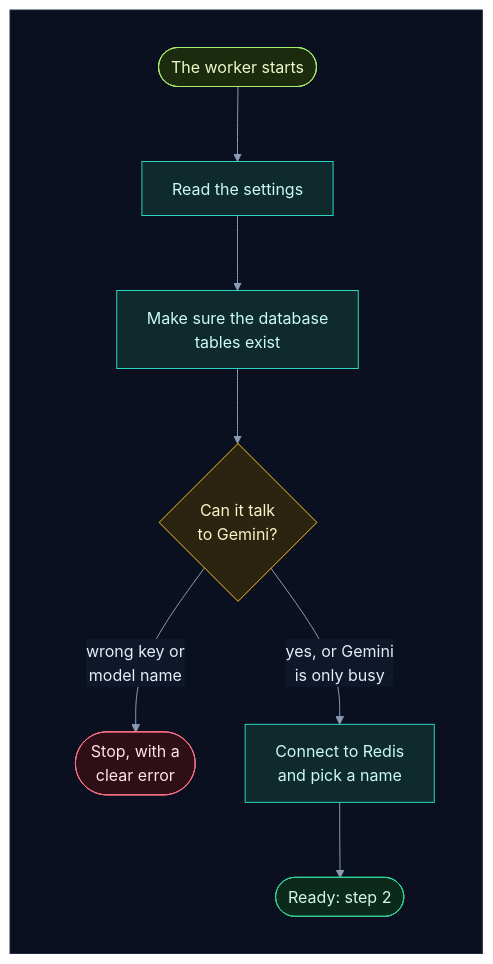
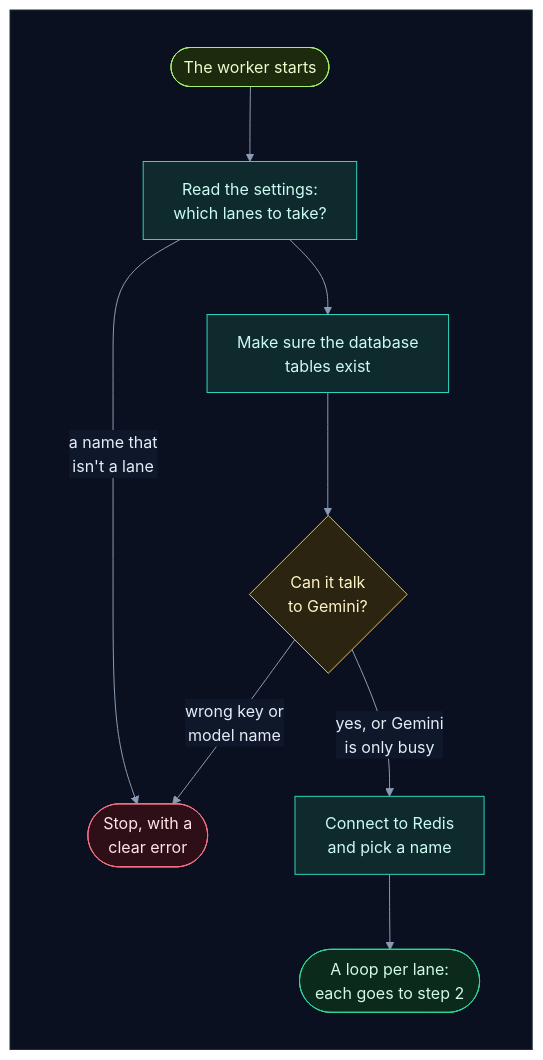
The fourth of 45 diagrams in backend/worker/INTERNALS.md (selvakumarperumal/Regulatory_Circular_Impact_Agent), drawn with Mermaid before and after one commit. The commit also changed other lines of this file and 7 other files, not shown here.

````diff
--- a/backend/worker/INTERNALS.md
+++ b/backend/worker/INTERNALS.md
@@ -259,29 +272,30 @@
 ```mermaid
 %%{init: {"theme": "base", "flowchart": {"diagramPadding": 0}, "themeVariables": {"darkMode": true, "primaryColor": "#16213a", "primaryTextColor": "#e6edf7", "primaryBorderColor": "#475a7a", "lineColor": "#8b9bb4", "secondaryColor": "#1b2436", "tertiaryColor": "#101a2e", "edgeLabelBackground": "#0f172a", "textColor": "#e2e8f0", "clusterBkg": "#0f1728", "clusterBorder": "#2b3a55", "titleColor": "#c4b5fd", "nodeTextColor": "#e6edf7"}}}%%
 flowchart TD
     subgraph canvas[" "]
         direction TB
-        a(["The worker starts"]) --> b["Read the settings"]
+        a(["The worker starts"]) --> b["Read the settings:<br/>which lanes to take?"]
+        b -->|"a name that<br/>isn't a lane"| x
         b --> c["Make sure the database<br/>tables exist"]
         c --> d{"Can it talk<br/>to Gemini?"}
         d -->|"wrong key or<br/>model name"| x(["Stop, with a<br/>clear error"])
         d -->|"yes, or Gemini<br/>is only busy"| e["Connect to Redis<br/>and pick a name"]
-        e --> f(["Ready: step 2"])
+        e --> f(["A loop per lane:<br/>each goes to step 2"])
     end
     classDef svc fill:#0e2a2c,stroke:#2dd4bf,color:#ccfbf1
     classDef data fill:#1c1a47,stroke:#818cf8,color:#e0e7ff
     classDef ext fill:#2a1640,stroke:#c084fc,color:#f3e8ff
     classDef gpu fill:#2d1b0c,stroke:#fb923c,color:#ffedd5
     classDef ask fill:#2a2410,stroke:#fbbf24,color:#fef3c7
     classDef ok fill:#0b2a1c,stroke:#34d399,color:#d1fae5
     classDef bad fill:#2e0f17,stroke:#fb7185,color:#ffe4e6
     classDef start fill:#1c2a0e,stroke:#a7ef6f,color:#ecfccb
     classDef muted fill:#1a2130,stroke:#64748b,color:#cbd5e1
     classDef queue fill:#0c2231,stroke:#38bdf8,color:#e0f2fe
     class a start
     class b,c,e svc
     class d ask
     class x bad
     class f ok
     style canvas fill:#0b1020,stroke:#1e293b,color:#0b1020
 ```
````
